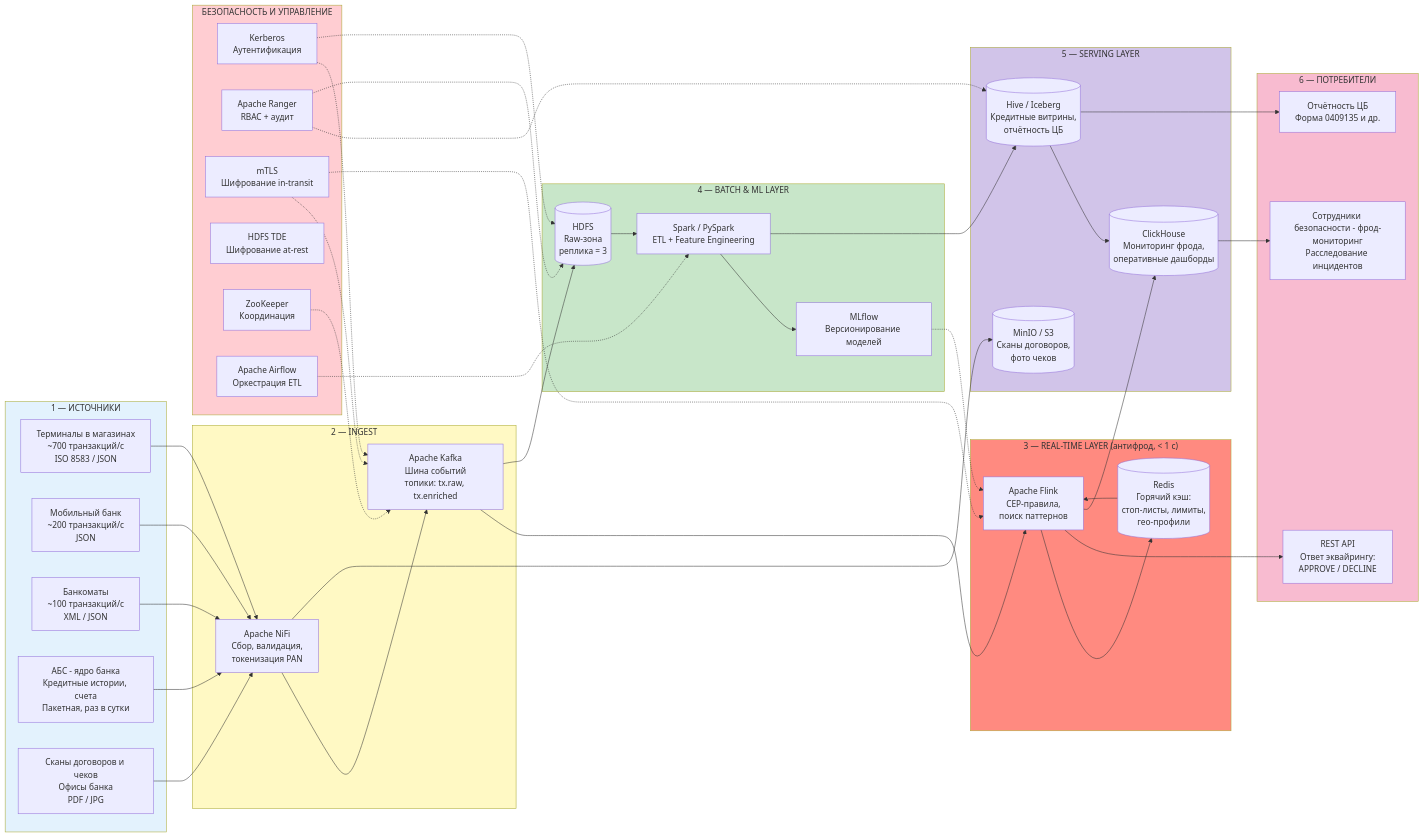
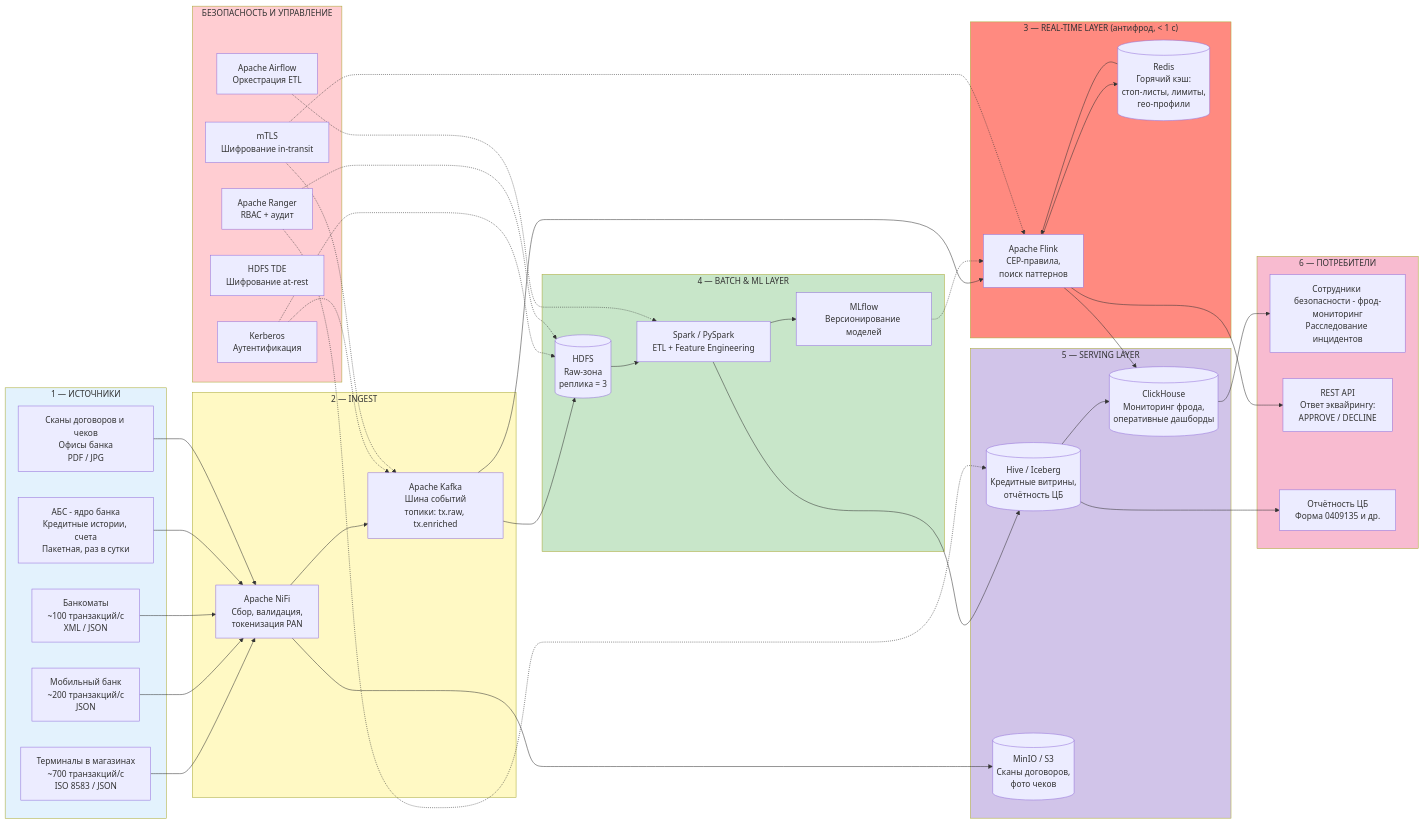
One commit to AlinaSabitova/Gos_examine changed the diagram in archirecture/var2.md. Above: the diagram before and after it, drawn with Mermaid. The commit also changed other lines of this file, not shown here.

```diff
--- a/archirecture/var2.md
+++ b/archirecture/var2.md
@@ -172,7 +172,6 @@
         RANGER[Apache Ranger<br/>RBAC + аудит]
         MTLS[mTLS<br/>Шифрование in-transit]
         TDE[HDFS TDE<br/>Шифрование at-rest]
-        ZK[ZooKeeper<br/>Координация]
         AIRFLOW[Apache Airflow<br/>Оркестрация ETL]
     end
 
@@ -211,7 +210,6 @@
     MTLS -.-> KAFKA
     MTLS -.-> FLINK
     AIRFLOW -.-> SPARK
-    ZK -.-> KAFKA
 
     style SRC fill:#e3f2fd
     style ING fill:#fff9c4
```
